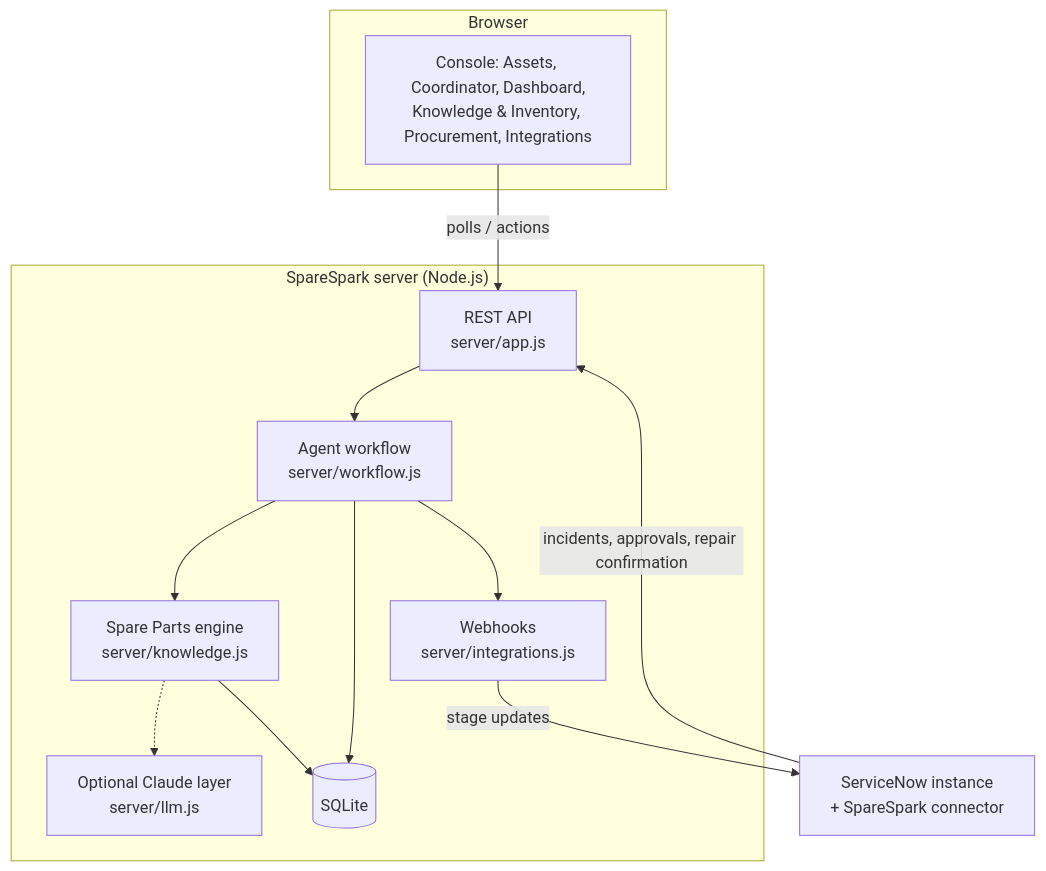
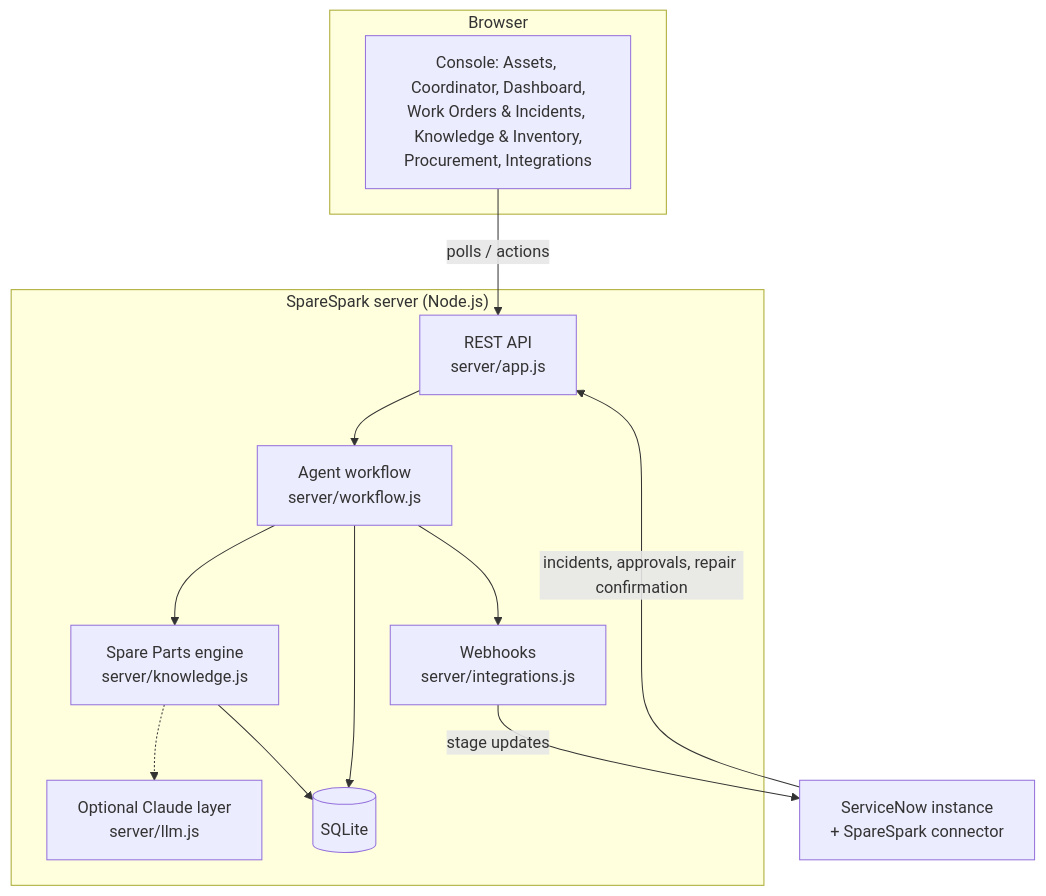
The second of 3 diagrams in README.md (somul18/SpareSpark_v1), drawn with Mermaid before and after one commit. The commit also changed other lines of this file, not shown here.

First line of the commit message:
README: tab overview table, Work Orders & Incidents in flows and architecture

````diff
--- a/README.md
+++ b/README.md
@@ -273,22 +285,22 @@
 ```mermaid
 flowchart TB
   subgraph Browser
-    UI[Console: Assets, Coordinator, Dashboard,<br/>Knowledge & Inventory, Procurement, Integrations]
+    UI[Console: Assets, Coordinator, Dashboard,<br/>Work Orders & Incidents, Knowledge & Inventory,<br/>Procurement, Integrations]
   end
   subgraph SpareSpark["SpareSpark server (Node.js)"]
     API[REST API<br/>server/app.js]
     WF[Agent workflow<br/>server/workflow.js]
     KE[Spare Parts engine<br/>server/knowledge.js]
     LLM[Optional Claude layer<br/>server/llm.js]
     WH[Webhooks<br/>server/integrations.js]
     DB[(SQLite)]
   end
   SN[ServiceNow instance<br/>+ SpareSpark connector]
   UI -->|polls / actions| API
   API --> WF --> KE
   KE --> DB
   WF --> DB
   KE -.-> LLM
   WF --> WH -->|stage updates| SN
   SN -->|incidents, approvals, repair confirmation| API
 ```
````
